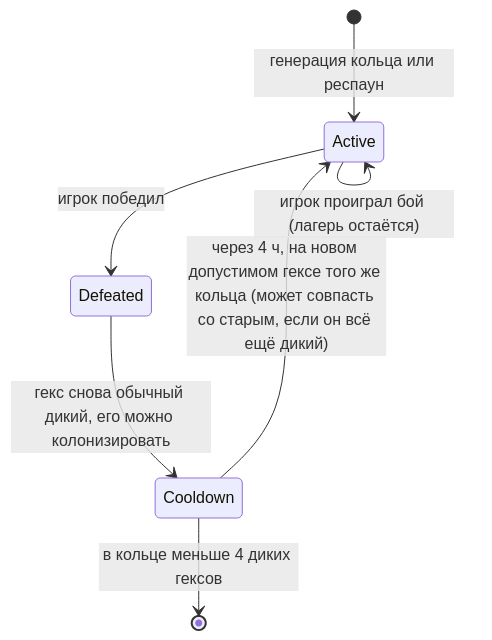
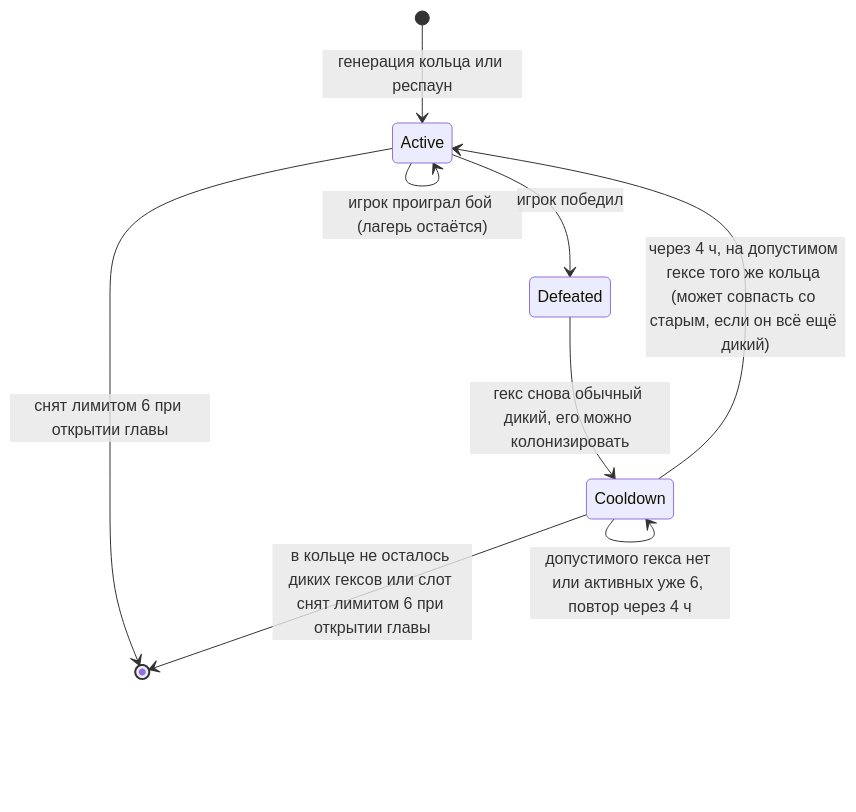
The fourth of 5 diagrams in docs/gdd/02_map_territory.md (kaboomenko/Raivon), drawn with Mermaid before and after one commit. The commit also changed other lines of this file and 12 other files, not shown here.

````diff
--- a/docs/gdd/02_map_territory.md
+++ b/docs/gdd/02_map_territory.md
@@ -954,9 +967,11 @@
 ```mermaid
 stateDiagram-v2
     [*] --> Active: генерация кольца или респаун
     Active --> Active: игрок проиграл бой (лагерь остаётся)
     Active --> Defeated: игрок победил
+    Active --> [*]: снят лимитом 6 при открытии главы
     Defeated --> Cooldown: гекс снова обычный дикий, его можно колонизировать
-    Cooldown --> Active: через 4 ч, на новом допустимом гексе того же кольца (может совпасть со старым, если он всё ещё дикий)
-    Cooldown --> [*]: в кольце меньше 4 диких гексов
+    Cooldown --> Active: через 4 ч, на допустимом гексе того же кольца (может совпасть со старым, если он всё ещё дикий)
+    Cooldown --> Cooldown: допустимого гекса нет или активных уже 6, повтор через 4 ч
+    Cooldown --> [*]: в кольце не осталось диких гексов или слот снят лимитом 6 при открытии главы
 ```
````
